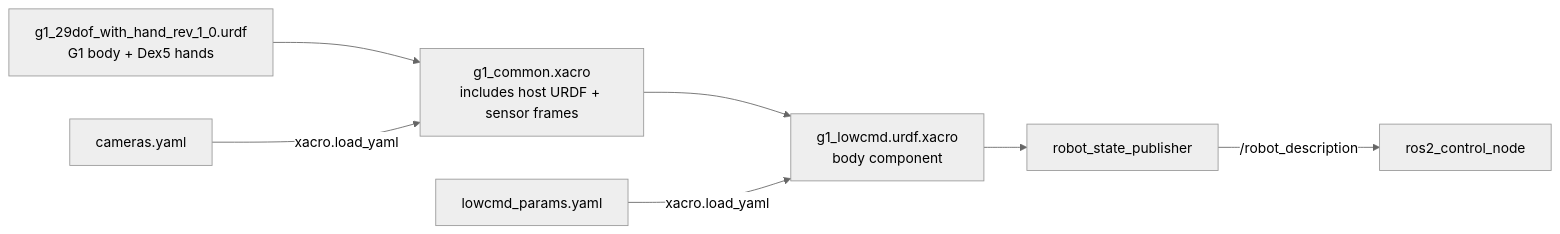
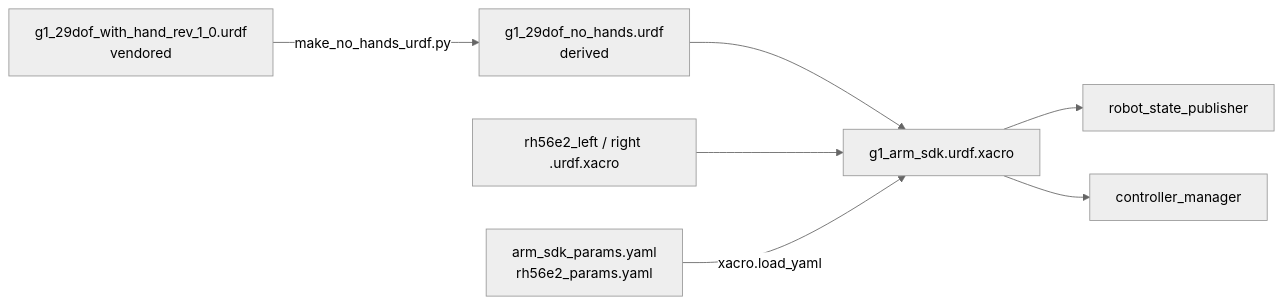
One commit to Mertsr/merts-g1-dex5 changed the diagram in workspace/src/g1_description/README.md. Above: the diagram before and after it, drawn with Mermaid (neutral theme). The commit also changed other lines of this file and 694 other files, not shown here.

````diff
--- a/workspace/src/g1_description/README.md
+++ b/workspace/src/g1_description/README.md
@@ -6,8 +8,9 @@
 ```mermaid
 flowchart LR
-    V["g1_29dof_with_hand_rev_1_0.urdf<br/>G1 body + Dex5 hands"] --> C
-    D["cameras.yaml"] -- "xacro.load_yaml" --> C
-    C["g1_common.xacro<br/>includes host URDF + sensor frames"] --> X["g1_lowcmd.urdf.xacro<br/>body component"]
-    L["lowcmd_params.yaml"] -- "xacro.load_yaml" --> X
-    X --> RSP["robot_state_publisher"] -- "/robot_description" --> CM["ros2_control_node"]
+    V["g1_29dof_with_hand_rev_1_0.urdf<br/>vendored"] -- "make_no_hands_urdf.py" --> N["g1_29dof_no_hands.urdf<br/>derived"]
+    N --> X
+    H["rh56e2_left / right .urdf.xacro"] --> X
+    P["arm_sdk_params.yaml<br/>rh56e2_params.yaml"] -- "xacro.load_yaml" --> X
+    X["g1_arm_sdk.urdf.xacro"] --> RSP["robot_state_publisher"]
+    X --> CM["controller_manager"]
 ```
````
